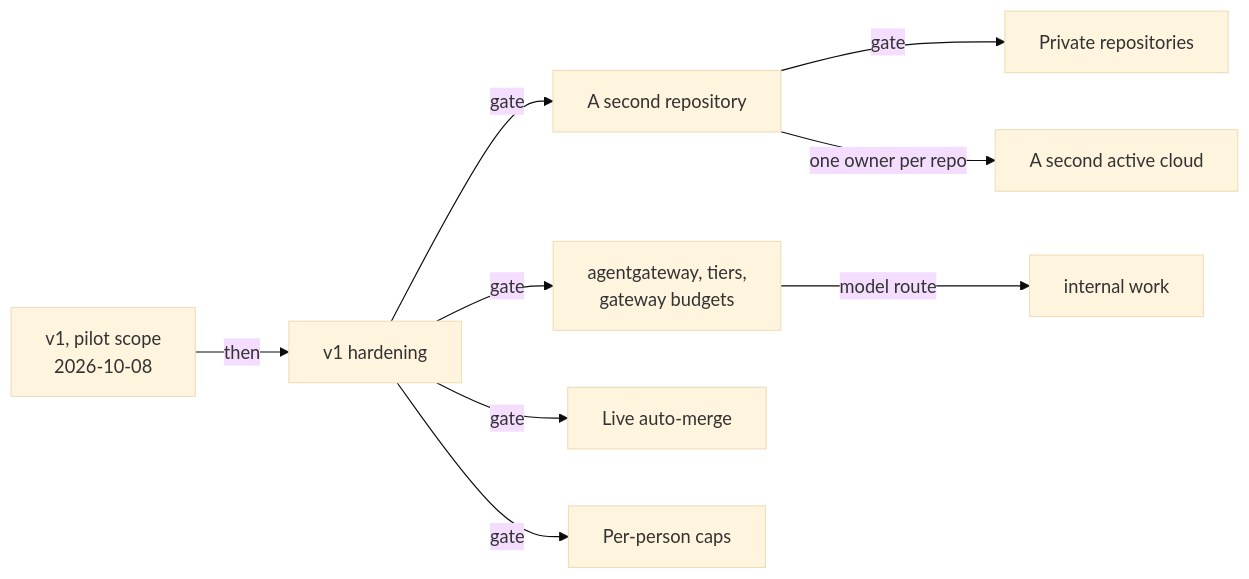
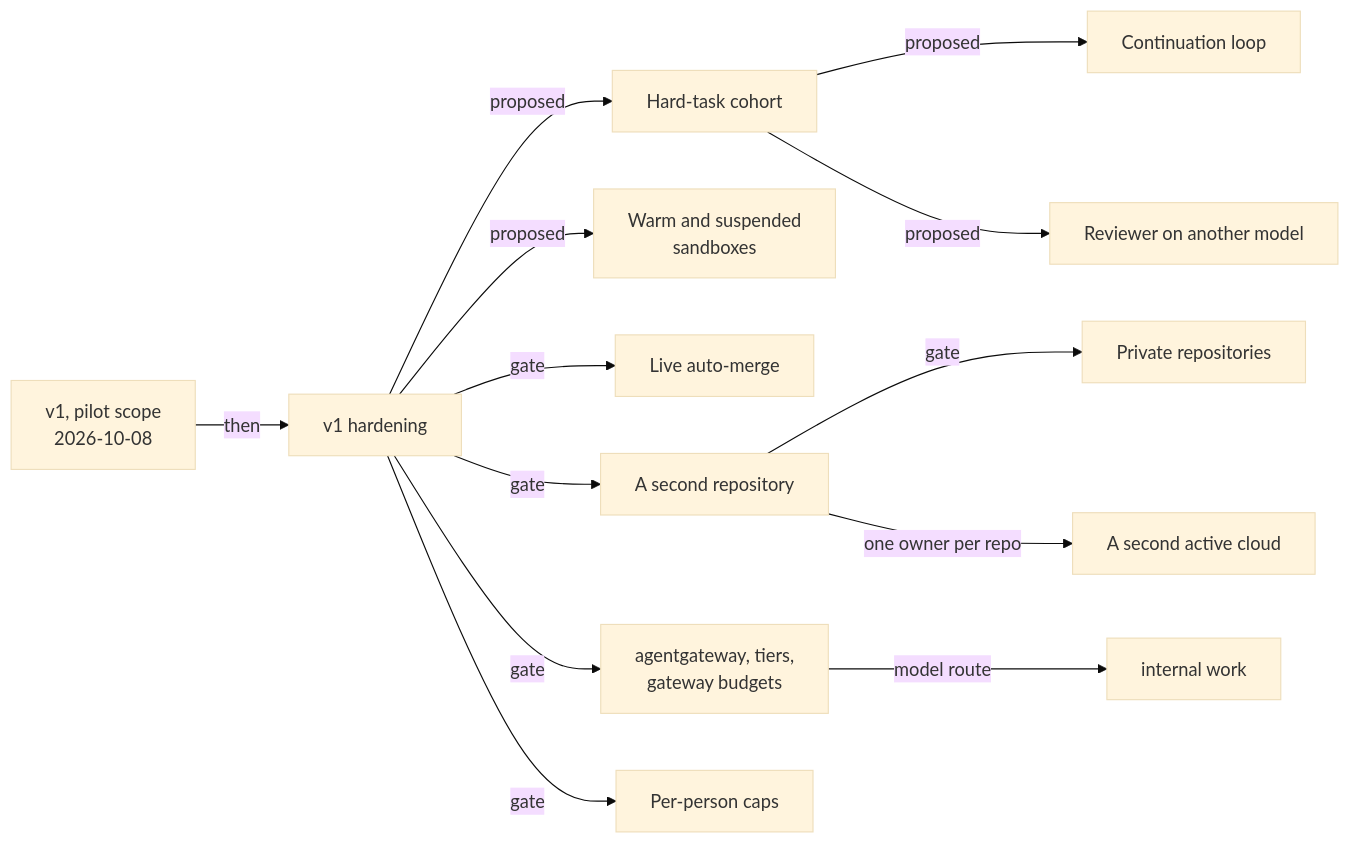
Before and after one commit to Smana/cloud-native-ref: the diagram in website/content/docs/platform/ai-platform/status.md, drawn with Mermaid (base theme). The commit also changed other lines of this file and 3 other files, not shown here.

````diff
--- a/website/content/docs/platform/ai-platform/status.md
+++ b/website/content/docs/platform/ai-platform/status.md
@@ -229,11 +237,15 @@
 ```mermaid
 flowchart LR
   v1["v1, pilot scope<br/>2026-10-08"] -->|then| hard["v1 hardening"]
+  hard -->|proposed| cohort["Hard-task cohort"]
+  cohort -->|proposed| loop["Continuation loop"]
+  cohort -->|proposed| rev["Reviewer on another model"]
+  hard -->|proposed| warm["Warm and suspended<br/>sandboxes"]
+  hard -->|gate| merge["Live auto-merge"]
   hard -->|gate| repo["A second repository"]
   repo -->|gate| priv["Private repositories"]
+  repo -->|one owner per repo| cloud["A second active cloud"]
   hard -->|gate| gw["agentgateway, tiers,<br/>gateway budgets"]
   gw -->|model route| internal["internal work"]
-  hard -->|gate| merge["Live auto-merge"]
   hard -->|gate| caps["Per-person caps"]
-  repo -->|one owner per repo| cloud["A second active cloud"]
 ```
````
